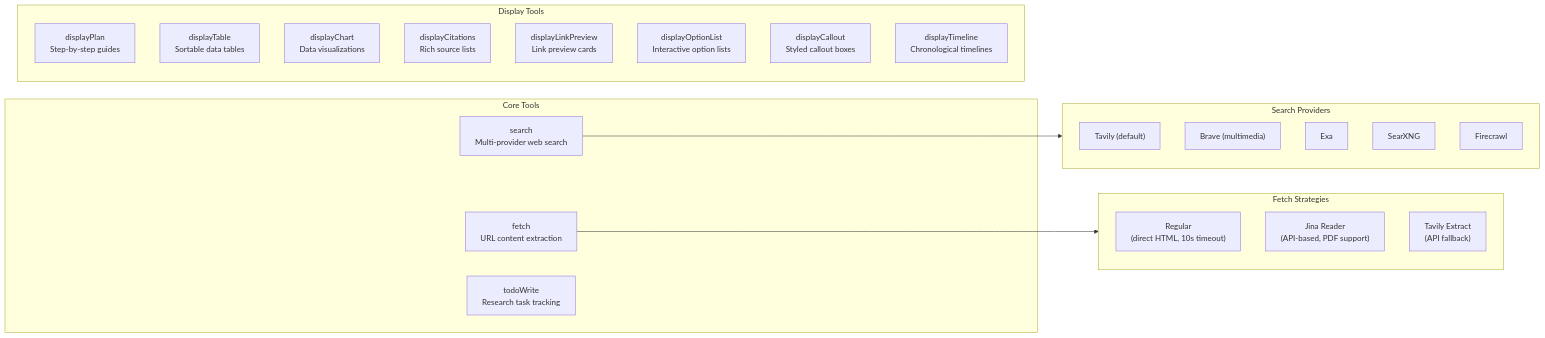
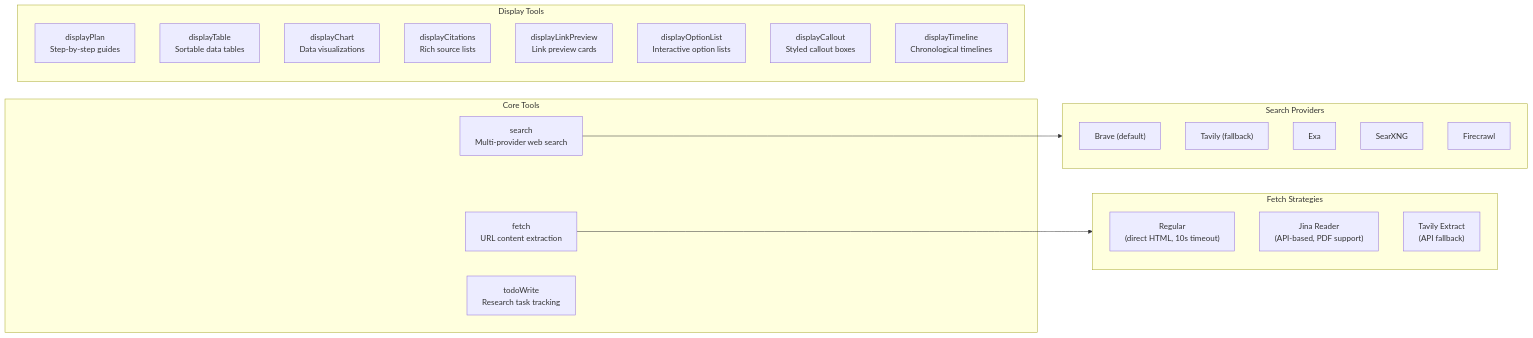
One commit to NickB03/polymorph changed the third of 10 diagrams in docs/architecture/OVERVIEW.md. Above: the diagram before and after it, drawn with Mermaid. The commit also changed 4 other files, not shown here.

First line of the commit message:
docs: fix remaining Tavily-as-default references across architecture docs

````diff
--- a/docs/architecture/OVERVIEW.md
+++ b/docs/architecture/OVERVIEW.md
@@ -158,36 +158,36 @@
 ```mermaid
 graph LR
     subgraph Core["Core Tools"]
         search["search<br/>Multi-provider web search"]
         fetch["fetch<br/>URL content extraction"]
         todo["todoWrite<br/>Research task tracking"]
     end
 
     subgraph Display["Display Tools"]
         plan["displayPlan<br/>Step-by-step guides"]
         table["displayTable<br/>Sortable data tables"]
         chart["displayChart<br/>Data visualizations"]
         citations["displayCitations<br/>Rich source lists"]
         linkPreview["displayLinkPreview<br/>Link preview cards"]
         optionList["displayOptionList<br/>Interactive option lists"]
         callout["displayCallout<br/>Styled callout boxes"]
         timeline["displayTimeline<br/>Chronological timelines"]
     end
 
     subgraph SearchProviders["Search Providers"]
-        tavily["Tavily (default)"]
-        brave["Brave (multimedia)"]
+        brave["Brave (default)"]
+        tavily["Tavily (fallback)"]
         exa["Exa"]
         searxng["SearXNG"]
         firecrawl["Firecrawl"]
     end
 
     subgraph FetchStrategies["Fetch Strategies"]
         regular["Regular<br/>(direct HTML, 10s timeout)"]
         jina["Jina Reader<br/>(API-based, PDF support)"]
         tavilyExtract["Tavily Extract<br/>(API fallback)"]
     end
 
     search --> SearchProviders
     fetch --> FetchStrategies
 ```
````
